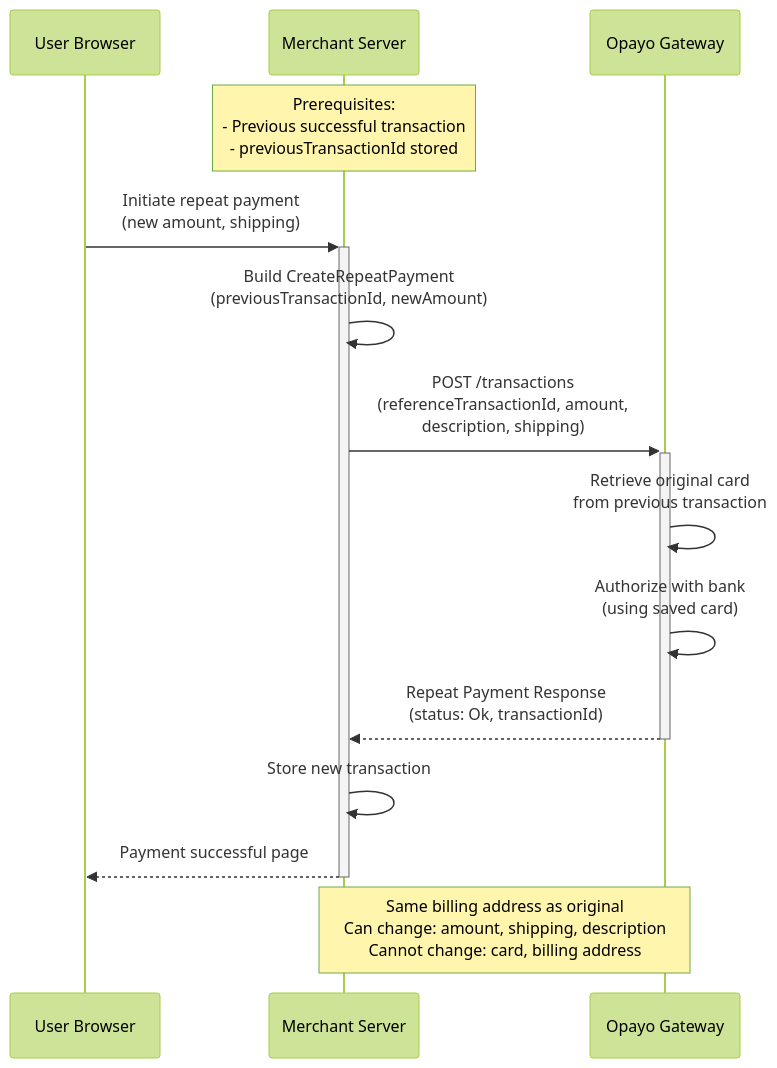
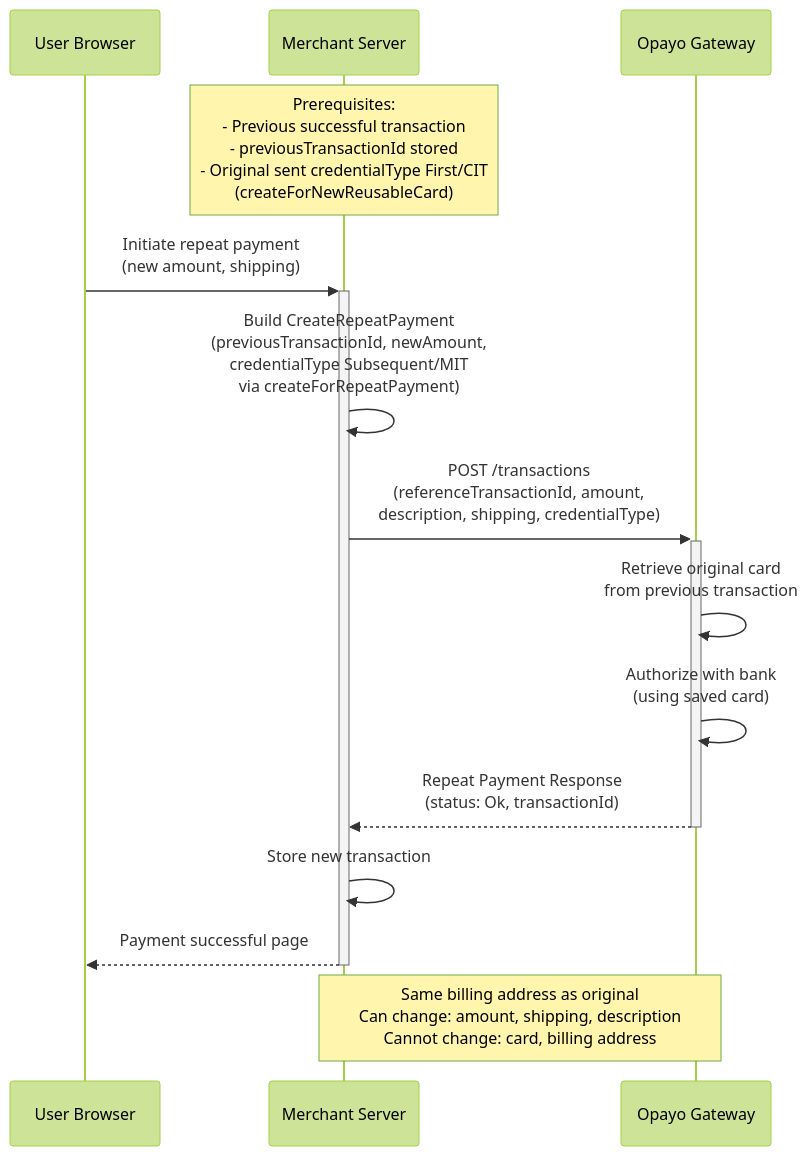
The fourth of 8 diagrams in docs/payment-flows.md (academe/opayo-pi), drawn with Mermaid (forest theme) before and after one commit. The commit also changed 36 other files, not shown here.

First line of the commit message:
Repeat payment integration tests and docs update

````diff
--- a/docs/payment-flows.md
+++ b/docs/payment-flows.md
@@ -155,26 +155,26 @@
 ```mermaid
 sequenceDiagram
     participant Browser as User Browser
     participant Merchant as Merchant Server
     participant Opayo as Opayo Gateway
 
-    Note over Merchant: Prerequisites:<br/>- Previous successful transaction<br/>- previousTransactionId stored
+    Note over Merchant: Prerequisites:<br/>- Previous successful transaction<br/>- previousTransactionId stored<br/>- Original sent credentialType First/CIT<br/>(createForNewReusableCard)
 
     Browser->>+Merchant: Initiate repeat payment<br/>(new amount, shipping)
 
-    Merchant->>Merchant: Build CreateRepeatPayment<br/>(previousTransactionId, newAmount)
+    Merchant->>Merchant: Build CreateRepeatPayment<br/>(previousTransactionId, newAmount,<br/>credentialType Subsequent/MIT<br/>via createForRepeatPayment)
 
-    Merchant->>+Opayo: POST /transactions<br/>(referenceTransactionId, amount,<br/>description, shipping)
+    Merchant->>+Opayo: POST /transactions<br/>(referenceTransactionId, amount,<br/>description, shipping, credentialType)
 
     Opayo->>Opayo: Retrieve original card<br/>from previous transaction
 
     Opayo->>Opayo: Authorize with bank<br/>(using saved card)
 
     Opayo-->>-Merchant: Repeat Payment Response<br/>(status: Ok, transactionId)
 
     Merchant->>Merchant: Store new transaction
 
     Merchant-->>-Browser: Payment successful page
 
     Note over Merchant,Opayo: Same billing address as original<br/>Can change: amount, shipping, description<br/>Cannot change: card, billing address
 ```
````
